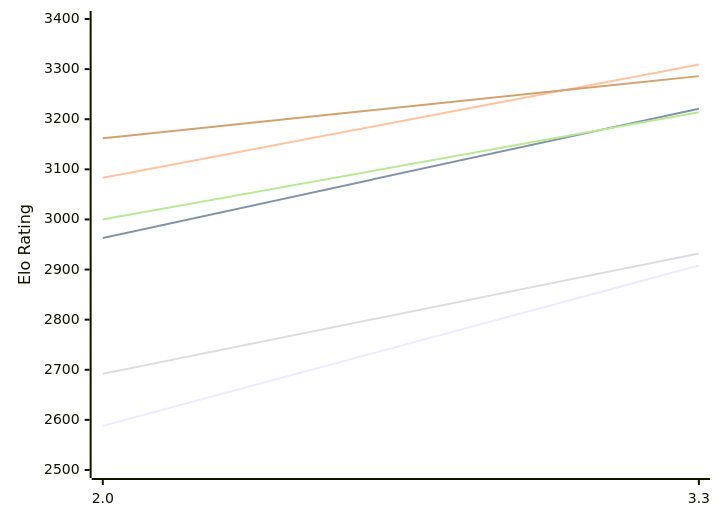
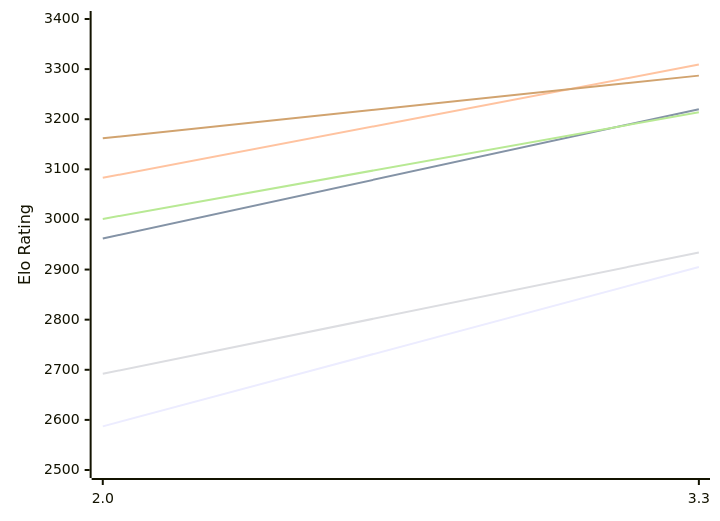
Before and after one commit to computer-chess-index/cci: the first of 2 diagrams in engines/Ceylondemon.md, drawn with Mermaid. The commit also changed other lines of this file, not shown here.

Commit message:
Update CCI Ratings (ELO VLTC) - 2026-11-28

````diff
--- a/engines/Ceylondemon.md
+++ b/engines/Ceylondemon.md
@@ -50,12 +50,12 @@
 ```mermaid
 %%{init: {"theme":"base","themeVariables":{"seriesColors:['#a3a3a3','#222221','#faa371']}}}%%
 xychart-beta
   x-axis ["2.0", "3.3"]
   y-axis "Elo Rating" 2500 --> 3400
-  line "E1: STC (8.0+0.08s)" [2588, 2908]
-  line "E1: LTC (60.0+0.60s)" [2963, 3221]
+  line "E1: STC (8.0+0.08s)" [2587, 2905]
+  line "E1: LTC (60.0+0.60s)" [2962, 3220]
   line "E1: VLTC (2m24s+1.12s)" [3083, 3309]
-  line "P1: STC (8.0+0.08s)" [2692, 2932]
-  line "P1: LTC (60.0+0.60s)" [3000, 3214]
-  line "P1: VLTC (2m24s+1.12s)" [3162, 3286]
+  line "P1: STC (8.0+0.08s)" [2692, 2934]
+  line "P1: LTC (60.0+0.60s)" [3001, 3214]
+  line "P1: VLTC (2m24s+1.12s)" [3162, 3287]
 ```
````
